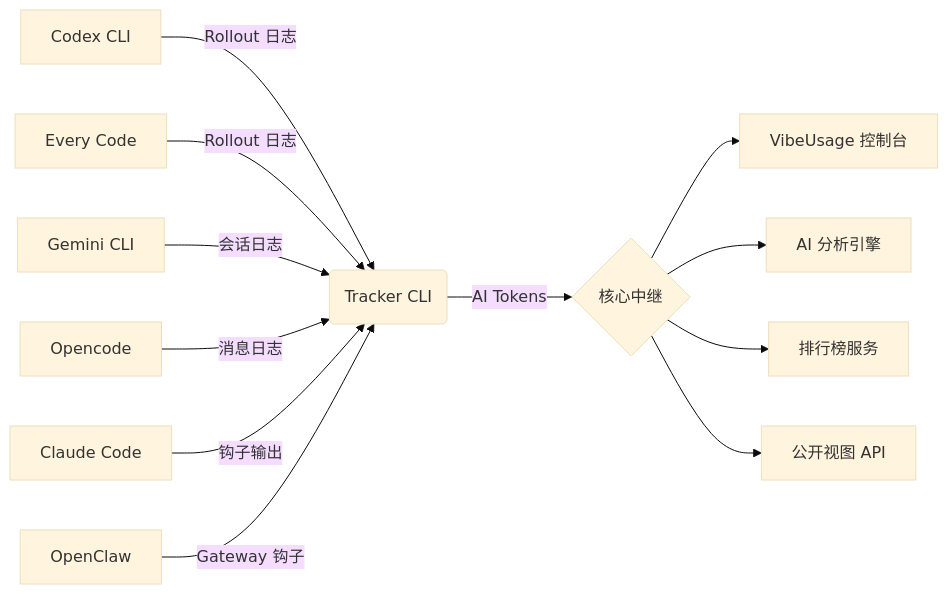
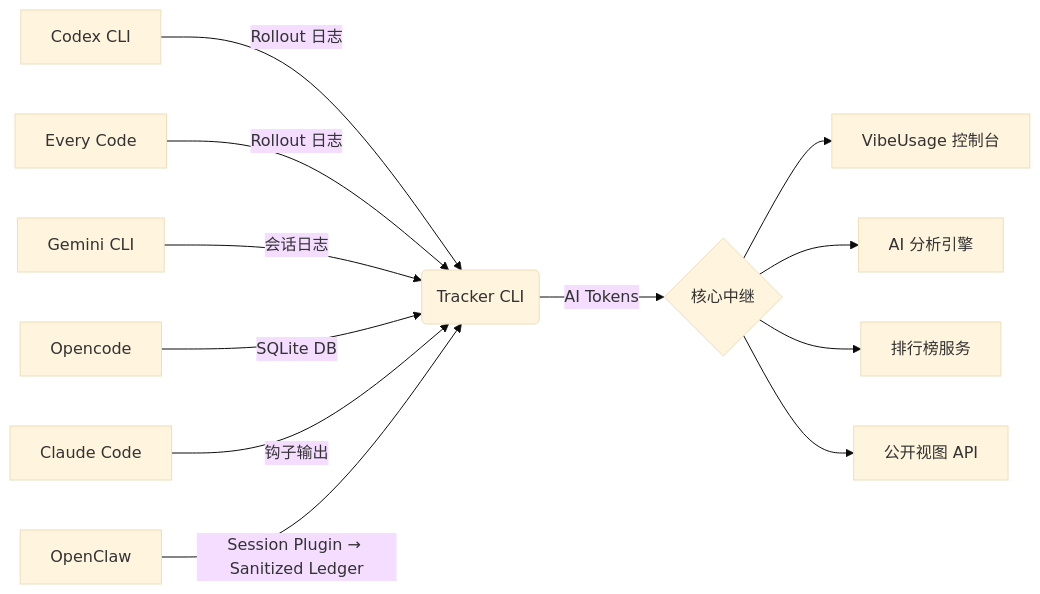
The diagram in README.zh-CN.md (Acacia-Ma/vibeusage), drawn with Mermaid (base theme) before and after one commit. The commit also changed other lines of this file and 28 other files, not shown here.

First line of the commit message:
refactor: replace OpenClaw accounting ingress with sanitized ledger SSOT (#127)

````diff
--- a/README.zh-CN.md
+++ b/README.zh-CN.md
@@ -205,14 +205,14 @@
 ```mermaid
 graph LR
     A[Codex CLI] -->|Rollout 日志| G(Tracker CLI)
     B[Every Code] -->|Rollout 日志| G
     C[Gemini CLI] -->|会话日志| G
-    D[Opencode] -->|消息日志| G
+    D[Opencode] -->|SQLite DB| G
     E[Claude Code] -->|钩子输出| G
-    F[OpenClaw] -->|Gateway 钩子| G
+    F[OpenClaw] -->|Session Plugin → Sanitized Ledger| G
     G -->|AI Tokens| H{核心中继}
     H --> I[VibeUsage 控制台]
     H --> J[AI 分析引擎]
     H --> K[排行榜服务]
     H --> L[公开视图 API]
 ```
````
